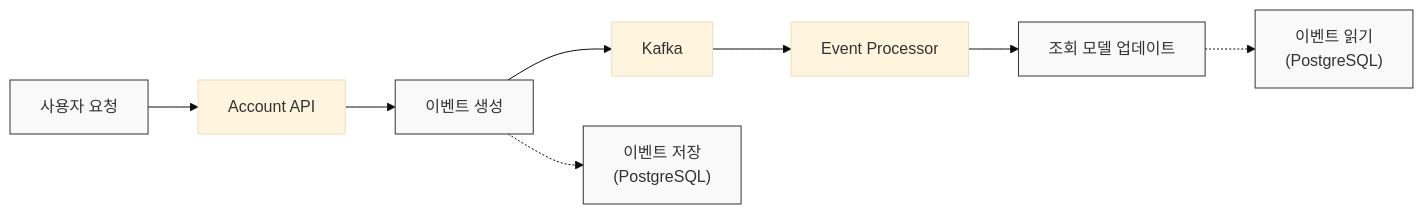
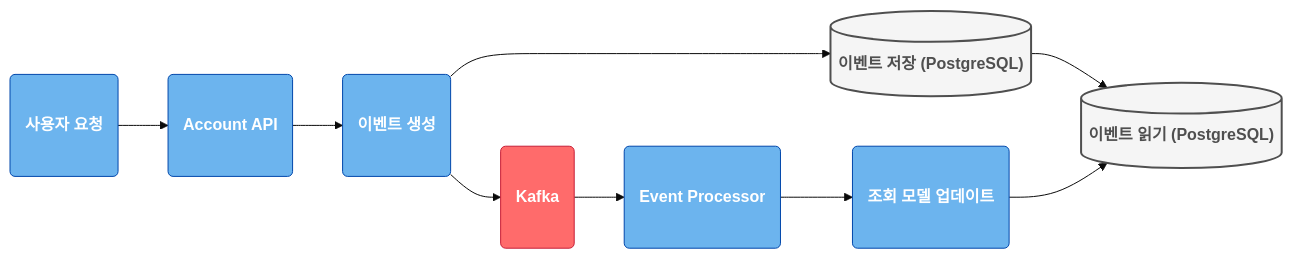
Before and after one commit to violetaplum/violetaplum.github.io: the diagram in content/posts/event-driven-account/index.md, drawn with Mermaid (base theme).

Commit message:
시스템 구조도 mermaid 작성 수정

````diff
--- a/content/posts/event-driven-account/index.md
+++ b/content/posts/event-driven-account/index.md
@@ -42,14 +42,18 @@
 ```mermaid
 flowchart LR
-    UserRequest["사용자 요청"] --> AccountAPI["Account API"]
-    AccountAPI --> EventGeneration["이벤트 생성"]
-    EventGeneration --> Kafka["Kafka"]
-    Kafka --> EventProcessor["Event Processor"]
-    EventProcessor --> ModelUpdate["조회 모델 업데이트"]
+    User("사용자 요청") --> API("Account API") --> Event("이벤트 생성") --> Kafka("Kafka") --> Processor("Event Processor") --> Update("조회 모델 업데이트")
     
-    EventGeneration -.-> EventStore["이벤트 저장\n(PostgreSQL)"]
-    ModelUpdate -.-> ReadModel["이벤트 읽기\n(PostgreSQL)"]
+    Event --> Store[("이벤트 저장 (PostgreSQL)")]
+    Store -->|"                                          "| Read[("이벤트 읽기 (PostgreSQL)")]
+    Update --> Read
     
-    classDef korean fill:#f9f9f9,stroke:#333,stroke-width:1px
-    class UserRequest,EventGeneration,ModelUpdate,EventStore,ReadModel korean
+    %% 스타일 정의
+    classDef process fill:#6CB4EE,stroke:#0047AB,color:white,font-weight:bold,border-radius:10px,padding:10px
+    classDef database fill:#F5F5F5,stroke:#4F4F4F,stroke-width:2px,color:#4F4F4F,font-weight:bold
+    classDef kafka fill:#FF6B6B,stroke:#C71F37,color:white,font-weight:bold,border-radius:10px,padding:10px
+    
+    %% 스타일 적용
+    class User,API,Event,Processor,Update process
+    class Store,Read database
+    class Kafka kafka
 ```
````
